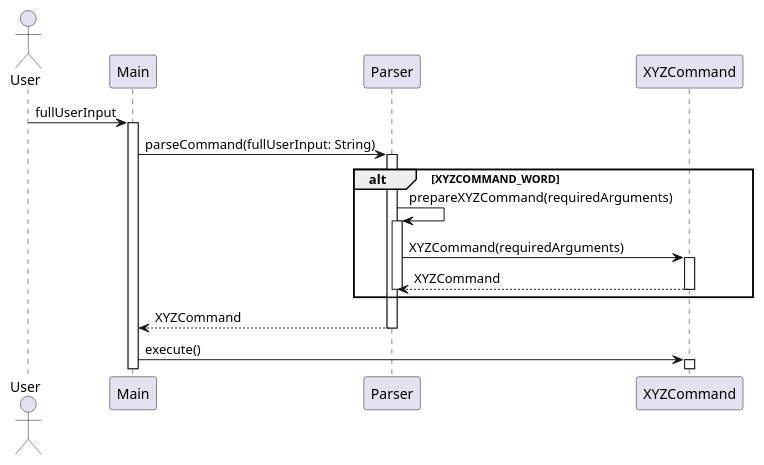
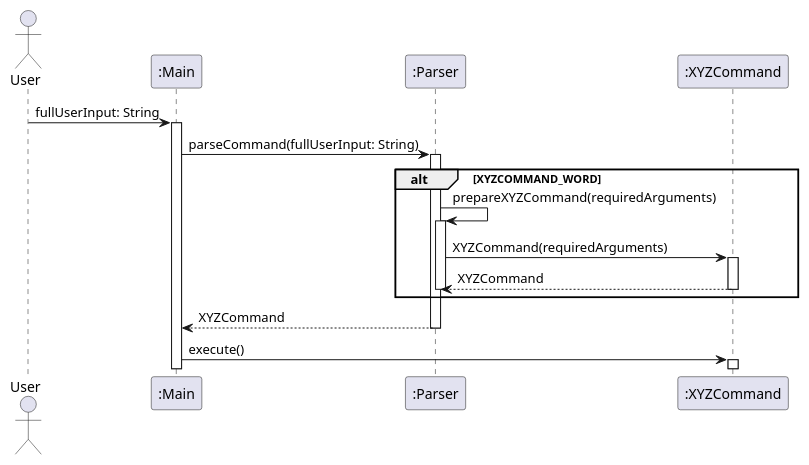
Before and after one commit to nus-cs2113-AY2324S1/tp: the diagram in docs/diagrams/sequence/Parser.puml, drawn with PlantUML.

Commit message:
Parser.puml: add semicolon before class name

```diff
--- a/docs/diagrams/sequence/Parser.puml
+++ b/docs/diagrams/sequence/Parser.puml
@@ -1,25 +1,28 @@
 @startuml
 'https://plantuml.com/sequence-diagram
 
 actor User
+Participant ":Main" as Main
+Participant ":Parser" as Parser
+Participant ":XYZCommand" as XYZCommand
 
-User -> Main: fullUserInput
+User -> Main: fullUserInput: String
 activate Main
 Main -> Parser: parseCommand(fullUserInput: String)
 activate Parser
 
 alt XYZCOMMAND_WORD
 Parser -> Parser: prepareXYZCommand(requiredArguments)
 activate Parser
 Parser -> XYZCommand: XYZCommand(requiredArguments)
 activate XYZCommand
 XYZCommand --> Parser: XYZCommand
 deactivate XYZCommand
 deactivate Parser
 end alt
 
 Parser --> Main: XYZCommand
 deactivate Parser
 Main -> XYZCommand: execute()
 activate XYZCommand
 @enduml
```
